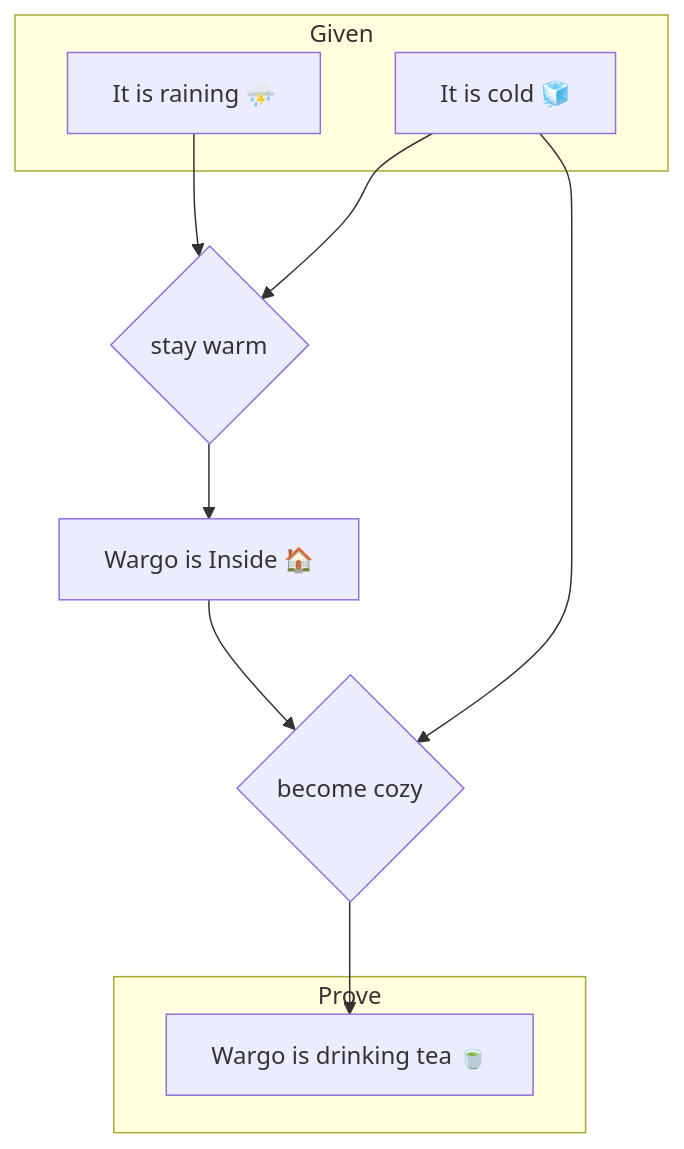
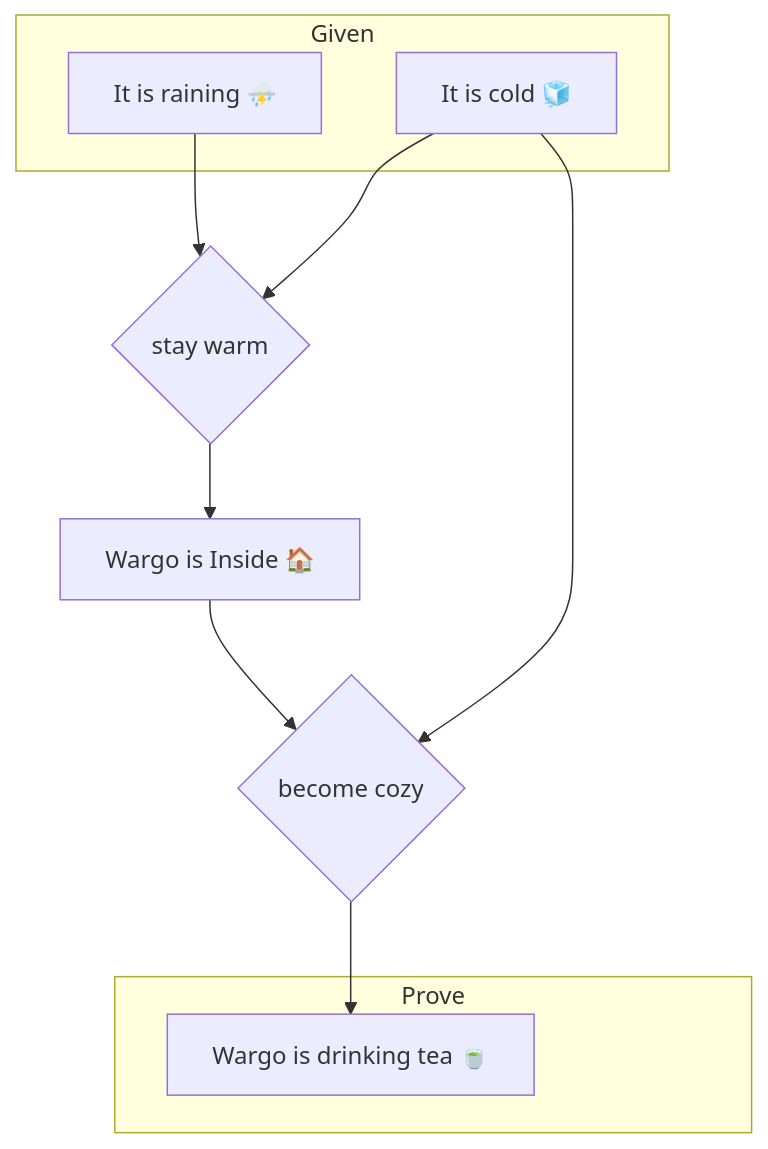
The diagram in topics/logic_propositional.md (Codesmith512/mapth), drawn with Mermaid before and after one commit.

Commit message:
Fixed mermaid diagram styling

````diff
--- a/topics/logic_propositional.md
+++ b/topics/logic_propositional.md
@@ -34,23 +34,25 @@
 ```mermaid
 graph TD
     subgraph Given
         R[It is raining ⛈️]
         C[It is cold 🧊]
     end
 
     sw{stay warm}
     bc{become cozy}
     I[Wargo is Inside 🏠]
     
     R --> sw
     C --> sw
     sw --> I
     C --> bc
     I --> bc
 
     bc --> T
     
     subgraph Prove
+        space[ ]
+        style space fill:none,stroke-width:0px
         T[Wargo is drinking tea 🍵]
     end
 ```
````
